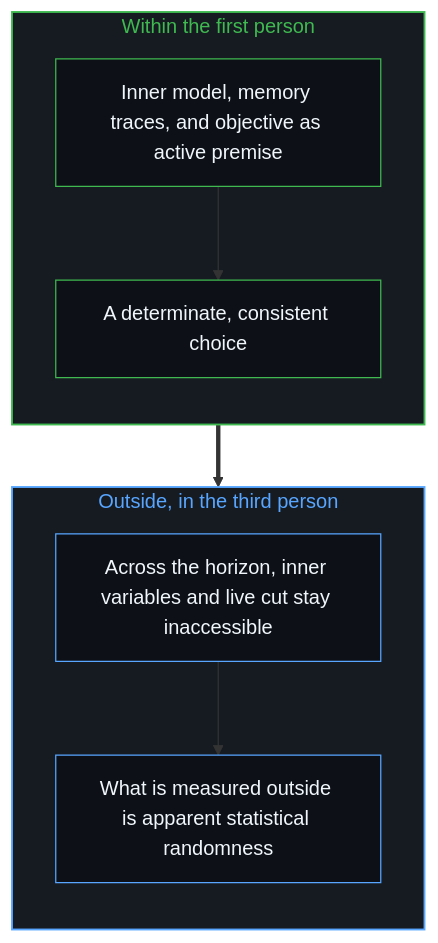
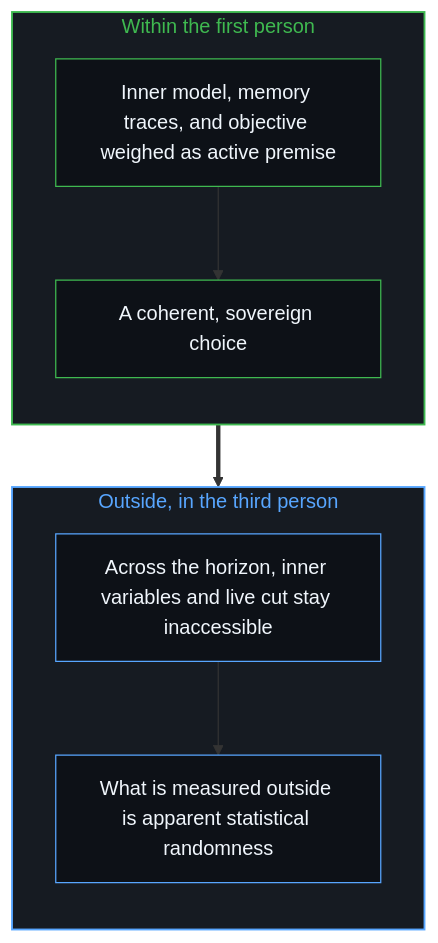
One commit to powerpig99/not-a-toe changed the second of 2 diagrams in content/posts/zi-you-de-ce-bu-zhun.md. Above: the diagram before and after it, drawn with Mermaid. The commit also changed other lines of this file and 3 other files, not shown here.

````diff
--- a/content/posts/zi-you-de-ce-bu-zhun.md
+++ b/content/posts/zi-you-de-ce-bu-zhun.md
@@ -68,22 +68,22 @@
 ```mermaid
 flowchart TD
     subgraph S_In["Within the first person"]
         direction TB
-        I1["Inner model, memory traces, and objective as active premise"]
-        I2["A determinate, consistent choice"]
+        I1["Inner model, memory traces, and objective weighed as active premise"]
+        I2["A coherent, sovereign choice"]
     end
     subgraph S_Out["Outside, in the third person"]
         direction TB
         O1["Across the horizon, inner variables and live cut stay inaccessible"]
         O2["What is measured outside is apparent statistical randomness"]
     end
     I1 --> I2
     I2 ==> O1
     O1 --> O2
     style S_In fill:#161b22,stroke:#3fb950,stroke-width:1.5px,color:#3fb950
     style S_Out fill:#161b22,stroke:#58a6ff,stroke-width:1.5px,color:#58a6ff
     style I1 fill:#0d1117,stroke:#3fb950,stroke-width:1px,color:#f0f6fc
     style I2 fill:#0d1117,stroke:#3fb950,stroke-width:1px,color:#f0f6fc
     style O1 fill:#0d1117,stroke:#58a6ff,stroke-width:1px,color:#f0f6fc
     style O2 fill:#0d1117,stroke:#58a6ff,stroke-width:1px,color:#f0f6fc
 ```
````
